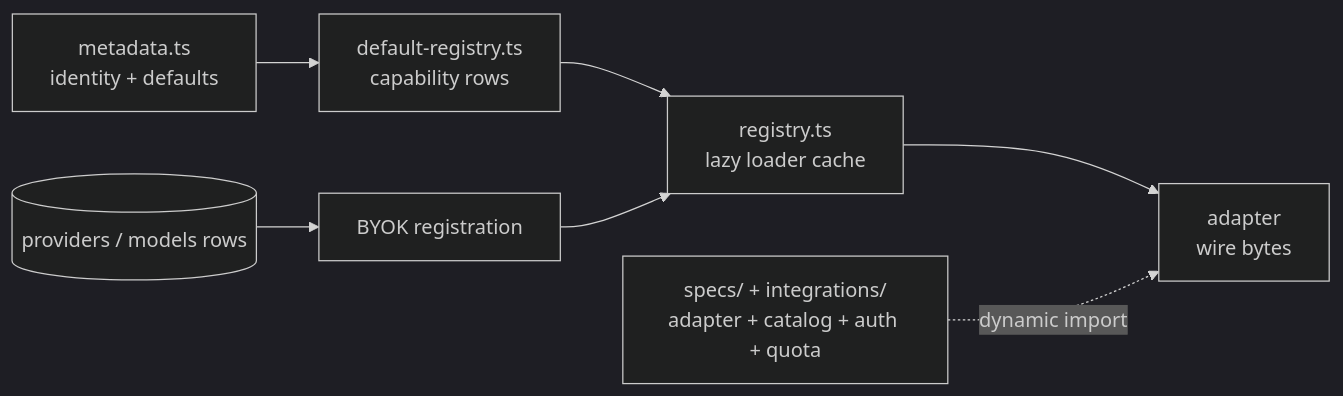
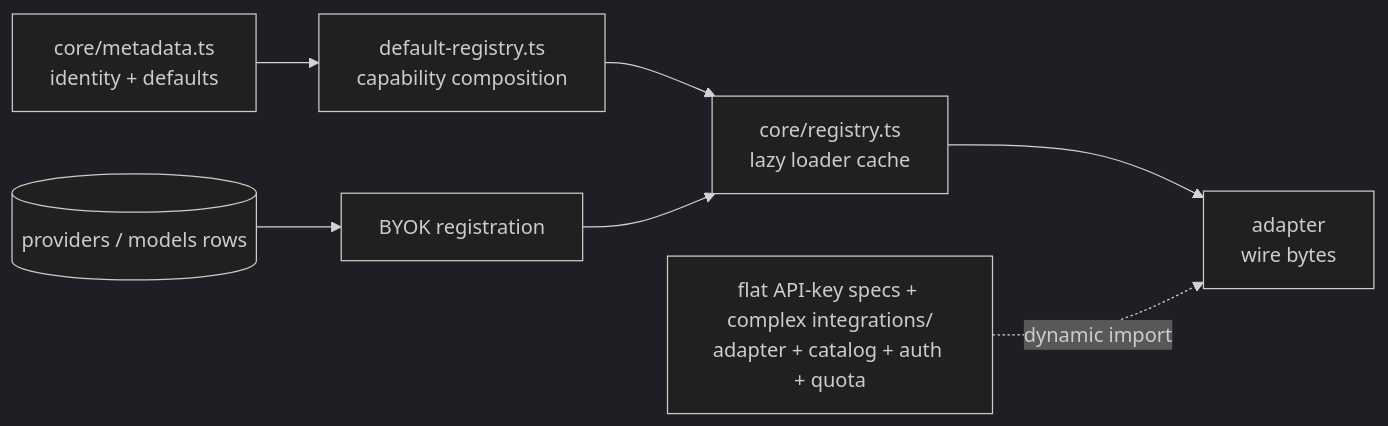
Before and after one commit to Khimsaja/cartethyia-custom: the diagram in documentation/reference/providers.md, drawn with Mermaid (dark theme). The commit also changed other lines of this file and 337 other files, not shown here.

````diff
--- a/documentation/reference/providers.md
+++ b/documentation/reference/providers.md
@@ -16,9 +16,9 @@
 ```mermaid
 flowchart LR
-  meta["metadata.ts<br/>identity + defaults"] --> mods["default-registry.ts<br/>capability rows"]
-  mods --> reg["registry.ts<br/>lazy loader cache"]
+  meta["core/metadata.ts<br/>identity + defaults"] --> mods["default-registry.ts<br/>capability composition"]
+  mods --> reg["core/registry.ts<br/>lazy loader cache"]
   reg --> adapt["adapter<br/>wire bytes"]
-  spec["specs/ + integrations/<br/>adapter + catalog + auth + quota"] -.dynamic import.-> adapt
+  spec["flat API-key specs + complex integrations/<br/>adapter + catalog + auth + quota"] -.dynamic import.-> adapt
   db[("providers / models rows")] --> byok["BYOK registration"]
   byok --> reg
 ```
````
